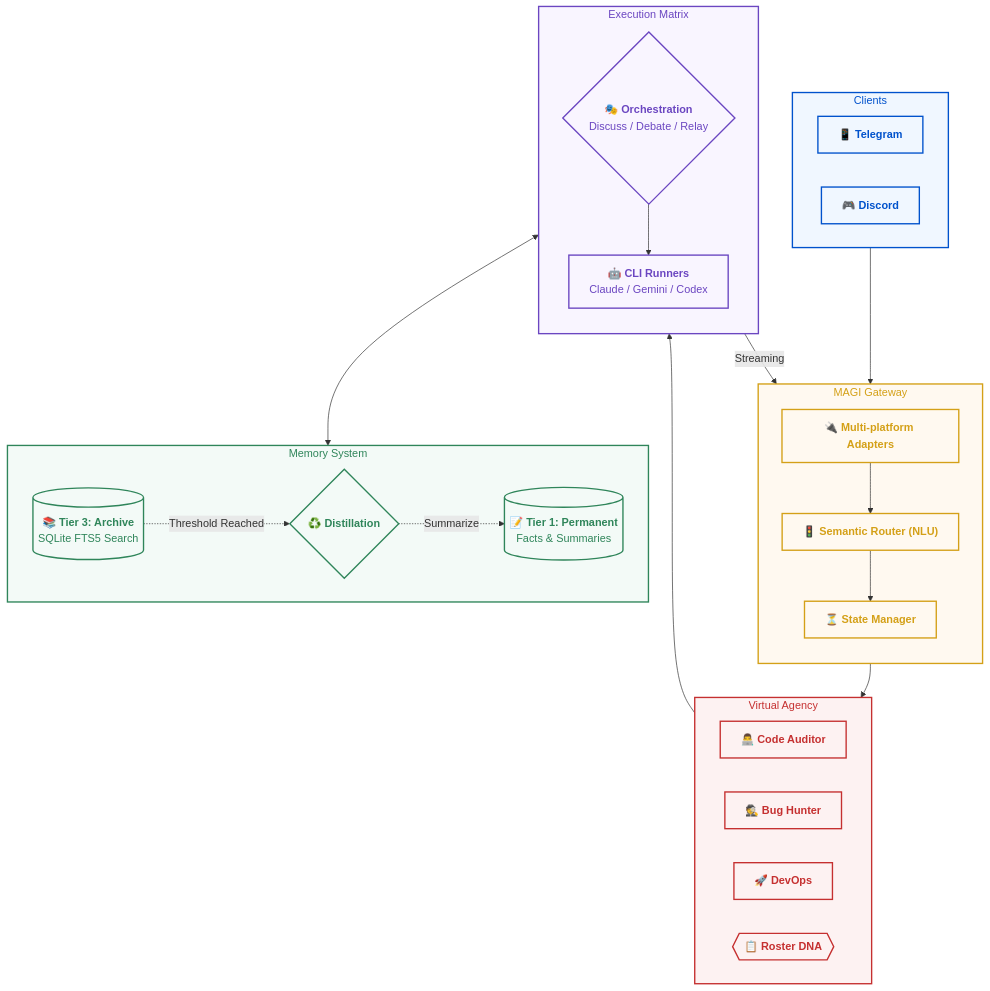
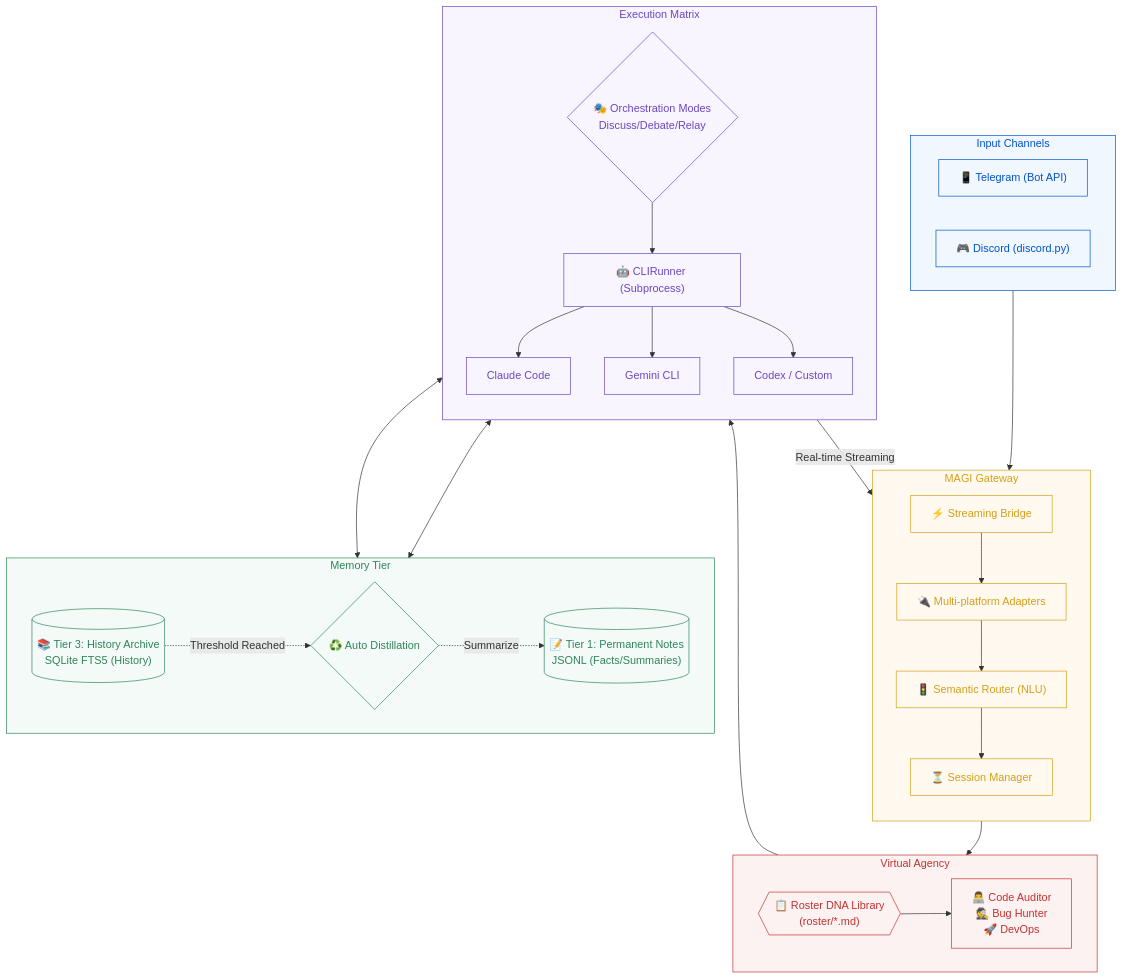
One commit to nchiyi/mini_agent_team changed the diagram in README.md. Above: the diagram before and after it, drawn with Mermaid. The commit also changed other lines of this file and 1 other file, not shown here.

````diff
--- a/README.md
+++ b/README.md
@@ -11,63 +11,67 @@
 ```mermaid
 flowchart TB
-    %% External Platforms
-    subgraph Clients ["Clients"]
-        TG["📱 <b>Telegram</b>"]
-        DC["🎮 <b>Discord</b>"]
+    subgraph Clients ["Input Channels"]
+        TG["📱 Telegram (Bot API)"]
+        DC["🎮 Discord (discord.py)"]
     end
     
     subgraph Gateway ["MAGI Gateway"]
         direction TB
-        Adapter["🔌 <b>Multi-platform Adapters</b>"]
-        Router["🚦 <b>Semantic Router (NLU)</b>"]
-        Session["⏳ <b>State Manager</b>"]
+        Adapter["🔌 Multi-platform Adapters"]
+        Router["🚦 Semantic Router (NLU)"]
+        Session["⏳ Session Manager"]
+        Bridge["⚡ Streaming Bridge"]
     end
 
     subgraph Agency ["Virtual Agency"]
         direction LR
-        Role1["👨‍💻 <b>Code Auditor</b>"]
-        Role2["🕵️ <b>Bug Hunter</b>"]
-        Role3["🚀 <b>DevOps</b>"]
-        Roster{{"📋 <b>Roster DNA</b>"}}
+        Roster{{"📋 Roster DNA Library<br/>(roster/*.md)"}}
+        Roles["👨‍💻 Code Auditor<br/>🕵️ Bug Hunter<br/>🚀 DevOps"]
     end
 
-    subgraph Memory ["Memory System"]
+    subgraph Memory ["Memory Tier"]
         direction LR
-        T1[("📝 <b>Tier 1: Permanent</b><br/>Facts & Summaries")]
-        T3[("📚 <b>Tier 3: Archive</b><br/>SQLite FTS5 Search")]
-        Distill{"♻️ <b>Distillation</b>"}
+        T1[("📝 Tier 1: Permanent Notes<br/>JSONL (Facts/Summaries)")]
+        T3[("📚 Tier 3: History Archive<br/>SQLite FTS5 (History)")]
+        Distill{"♻️ Auto Distillation"}
     end
 
-    subgraph Execution ["Execution Matrix"]
+    subgraph Runners ["Execution Matrix"]
         direction TB
-        Orchestrator{"🎭 <b>Orchestration</b><br/>Discuss / Debate / Relay"}
-        Runner["🤖 <b>CLI Runners</b><br/>Claude / Gemini / Codex"]
+        Orchestrator{"🎭 Orchestration Modes<br/>Discuss/Debate/Relay"}
+        CR["🤖 CLIRunner (Subprocess)"]
+        CL["Claude Code"]
+        GM["Gemini CLI"]
+        CX["Codex / Custom"]
     end
 
     %% Flows
     Clients --> Adapter
     Adapter --> Router
     Router --> Session
     Session --> Roster
-    Roster --> Orchestrator
-    Orchestrator <--> Memory
-    Orchestrator --> Runner
+    Roster --> Roles
+    Roles --> Orchestrator
     
+    Orchestrator <--> T1 & T3
     T3 -.->|Threshold Reached| Distill
     Distill -.->|Summarize| T1
 
-    Runner -- "Streaming" --> Adapter
+    Orchestrator --> CR
+    CR --> CL & GM & CX
+    CR -- "Real-time Streaming" --> Bridge
+    Bridge --> Adapter
 
     %% Styling
-    classDef platform fill:#f0f7ff,stroke:#0052cc,color:#0052cc,stroke-width:2px
-    classDef magi fill:#fff9f0,stroke:#d4a017,color:#d4a017,stroke-width:2px
-    classDef agency fill:#fdf2f2,stroke:#c53030,color:#c53030,stroke-width:2px
-    classDef memory fill:#f3faf7,stroke:#2f855a,color:#2f855a,stroke-width:2px
-    classDef exec fill:#f9f5ff,stroke:#6b46c1,color:#6b46c1,stroke-width:2px
+    classDef platform fill:#f0f7ff,stroke:#0052cc,color:#0052cc
+    classDef magi fill:#fff9f0,stroke:#d4a017,color:#d4a017
+    classDef agency fill:#fdf2f2,stroke:#c53030,color:#c53030
+    classDef memory fill:#f3faf7,stroke:#2f855a,color:#2f855a
+    classDef exec fill:#f9f5ff,stroke:#6b46c1,color:#6b46c1
     
     class Clients,TG,DC platform
-    class Gateway,Adapter,Router,Session magi
-    class Agency,Role1,Role2,Role3,Roster agency
+    class Gateway,Adapter,Router,Session,Bridge magi
+    class Agency,Roster,Roles agency
     class Memory,T1,T3,Distill memory
-    class Execution,Orchestrator,Runner exec
+    class Runners,Orchestrator,CR,CL,GM,CX exec
 ```
````
